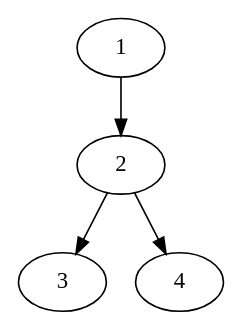
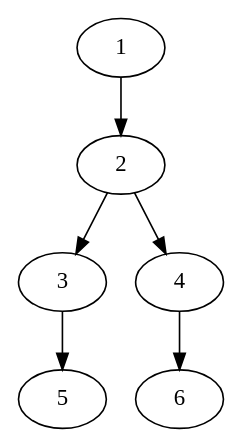
One commit to ingi-neru/realtime-nf-scheduling-multi changed the diagram in simulator/example.dot. Above: the diagram before and after it, drawn with Graphviz. The commit also changed 7 other files, not shown here.

```diff
--- a/simulator/example.dot
+++ b/simulator/example.dot
@@ -1,9 +1,13 @@
-strict digraph "Example Switch" {
-1 [pos="[0, 0]", task=0, taskname="Task 0", worker=0, workerspeed=1, cost=0, flows="{'flow': [{'flowid': 0, 'flowname': 'Flow QoS', 'flowrate': 10, 'flowrateSLO': 0.4, 'flowdelaySLO': 5}, {'flowid': 1, 'flowname': 'Flow Bulk', 'flowrate': 12, 'flowrateSLO': 0.1, 'flowdelaySLO': 11}]}"];
-2 [pos="[2, 0]", task=0, taskname="Task 0", worker=0, workerspeed=1, cost=0, flows="{'flow': [{'flowid': 0}, {'flowid': 1}]}"];
-3 [pos="[4, 2]", task=1, taskname="Task 1", worker=1, workerspeed=2, cost=2, flows="{'flow': {'flowid': 0}}"];
-4 [pos="[0, 0]", task=2, taskname="Task 2", worker=0, workerspeed=1, cost=1, flows="{'flow': {'flowid': 1}}"];
+strict digraph "Example MultiSwitch Configuration" {
+1 [pos="[0, 0]", task=0, taskname="Task 0", worker=0, workerspeed=1, cost=0, switch=0, flows="{'flow': [{'flowid': 0, 'flowname': 'Flow 0', 'flowrate': 10, 'flowrateSLO': 0.4, 'flowdelaySLO': 5}, {'flowid': 1, 'flowname': 'Flow 1', 'flowrate': 12, 'flowrateSLO': 0.1, 'flowdelaySLO': 11}]}"];
+2 [pos="[2, 0]", task=0, taskname="Task 0", worker=0, workerspeed=1, cost=0, switch=0, flows="{'flow': [{'flowid': 0, 'flowname': 'Flow 0', 'flowrate': 10, 'flowrateSLO': 0.4, 'flowdelaySLO': 5}, {'flowid': 1, 'flowname': 'Flow 1', 'flowrate': 12, 'flowrateSLO': 0.1, 'flowdelaySLO': 11}]}"];
+3 [pos="[4, 2]", task=1, taskname="Task 1", worker=0, workerspeed=1, cost=2, switch=0, flows="{'flow': {'flowid': 0, 'flowname': 'Flow 0', 'flowrate': 10, 'flowrateSLO': 0.4, 'flowdelaySLO': 5}}"];
+4 [pos="[0, 0]", task=2, taskname="Task 2", worker=0, workerspeed=1, cost=1, switch=0, flows="{'flow': {'flowid': 1, 'flowname': 'Flow 1', 'flowrate': 12, 'flowrateSLO': 0.1, 'flowdelaySLO': 11}}"];
+5 [pos="[4, 2]", task=3, taskname="Task 3", worker=0, workerspeed=1, cost=1, switch=1, flows="{'flow': {'flowid': 0, 'flowname': 'Flow 0', 'flowrate': 10, 'flowrateSLO': 0.4, 'flowdelaySLO': 5}}"];
+6 [pos="[0, 0]", task=4, taskname="Task 4", worker=0, workerspeed=1, cost=1, switch=1, flows="{'flow': {'flowid': 1, 'flowname': 'Flow 1', 'flowrate': 12, 'flowrateSLO': 0.1, 'flowdelaySLO': 11}}"];
 1 -> 2;
 2 -> 3;
 2 -> 4;
+3 -> 5;
+4 -> 6;
 }
```
